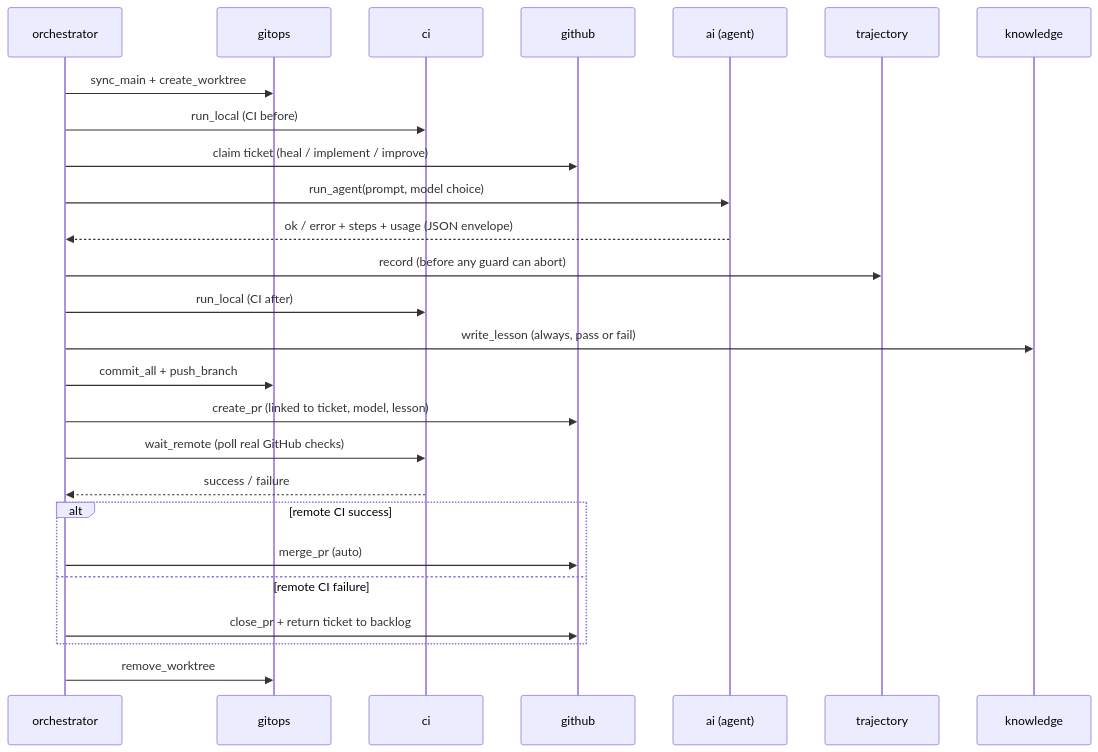
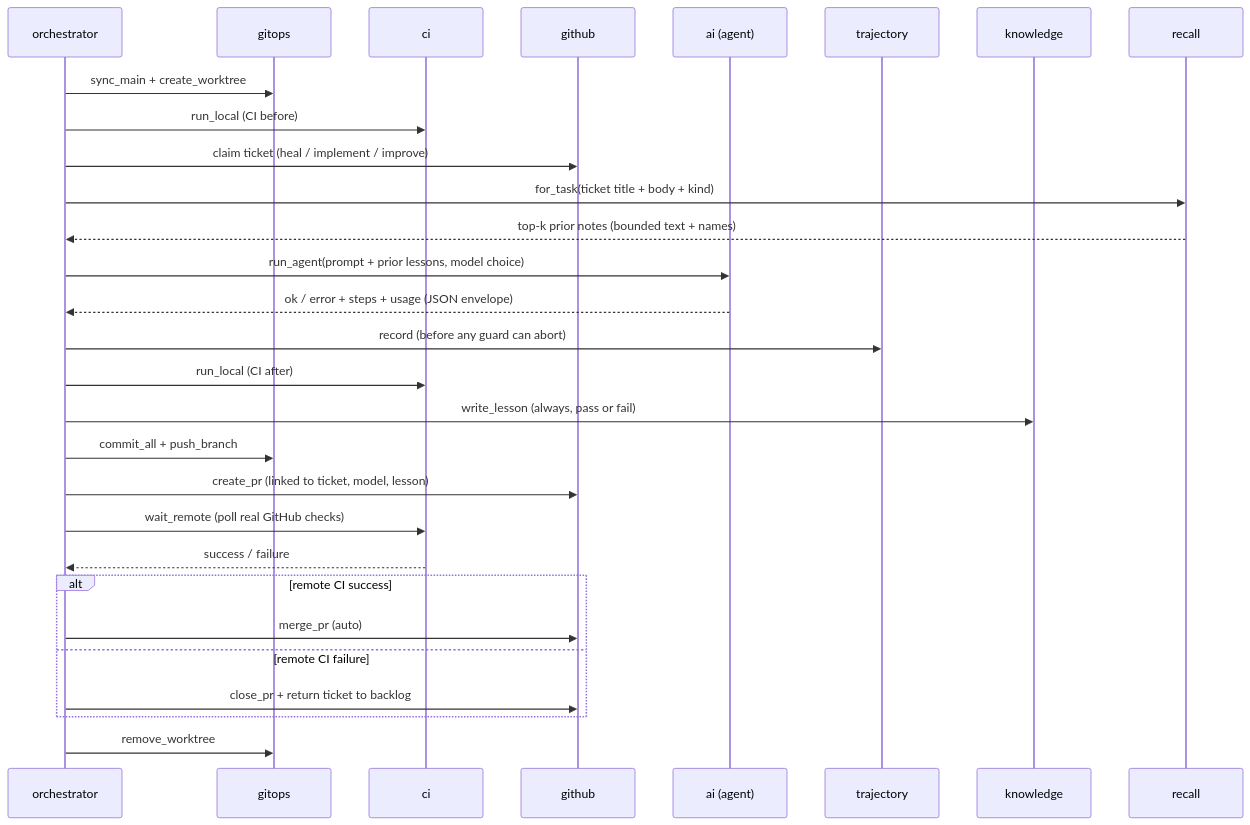
The diagram in docs/ARCHITECTURE.md (hyperscaleailabs/ai-hyperswarm-proto-core), drawn with Mermaid before and after one commit. The commit also changed other lines of this file and 13 other files, not shown here.

First line of the commit message:
implement: feat: lesson-retrieval memory - inject prior lessons into worker and synthesis prompts (#170)

````diff
--- a/docs/ARCHITECTURE.md
+++ b/docs/ARCHITECTURE.md
@@ -26,29 +27,32 @@
 ```mermaid
 sequenceDiagram
     participant O as orchestrator
     participant G as gitops
     participant C as ci
     participant H as github
     participant A as ai (agent)
     participant T as trajectory
     participant K as knowledge
+    participant R as recall
 
     O->>G: sync_main + create_worktree
     O->>C: run_local (CI before)
     O->>H: claim ticket (heal / implement / improve)
-    O->>A: run_agent(prompt, model choice)
+    O->>R: for_task(ticket title + body + kind)
+    R-->>O: top-k prior notes (bounded text + names)
+    O->>A: run_agent(prompt + prior lessons, model choice)
     A-->>O: ok / error + steps + usage (JSON envelope)
     O->>T: record (before any guard can abort)
     O->>C: run_local (CI after)
     O->>K: write_lesson (always, pass or fail)
     O->>G: commit_all + push_branch
     O->>H: create_pr (linked to ticket, model, lesson)
     O->>C: wait_remote (poll real GitHub checks)
     C-->>O: success / failure
     alt remote CI success
         O->>H: merge_pr (auto)
     else remote CI failure
         O->>H: close_pr + return ticket to backlog
     end
     O->>G: remove_worktree
 ```
````
